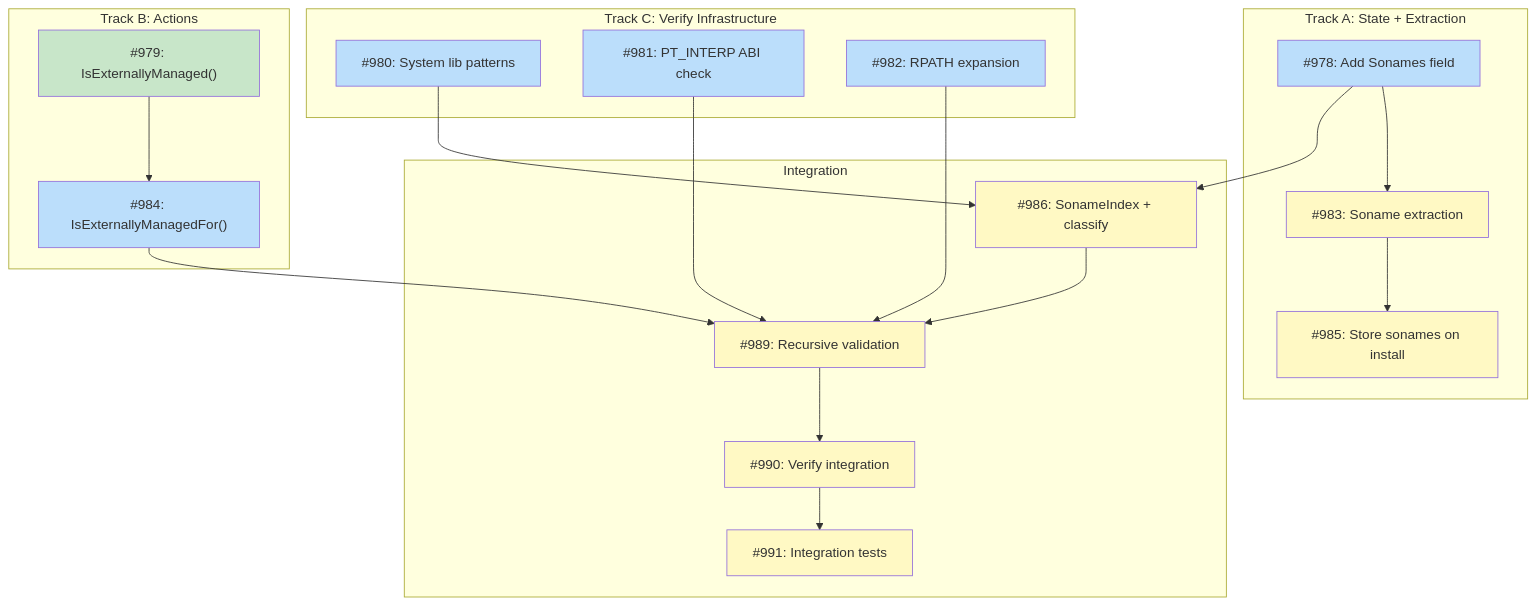
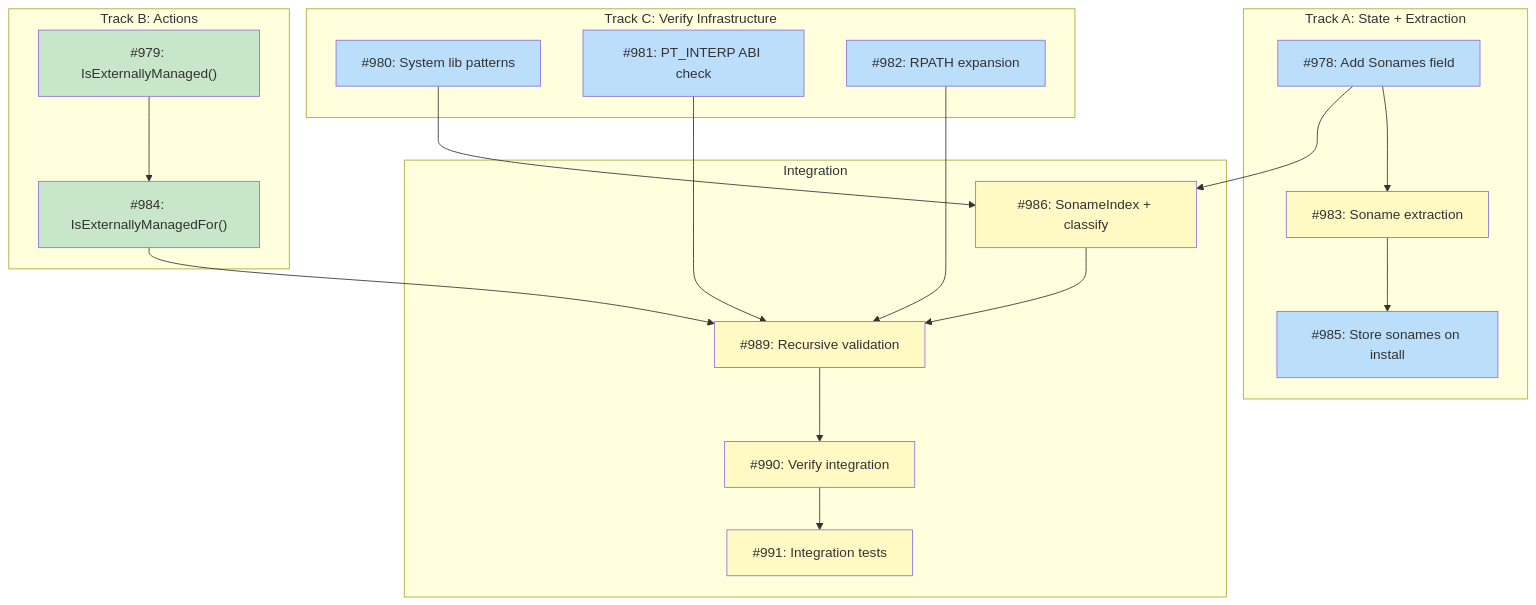
One commit to tsukumogami/tsuku changed the diagram in docs/designs/DESIGN-library-verify-deps.md. Above: the diagram before and after it, drawn with Mermaid. The commit also changed 2 other files, not shown here.

Commit message:
feat(recipe): add IsExternallyManagedFor() method (#994)
Add IsExternallyManagedFor(target, actionLookup) method to Recipe struct
that determines whether all applicable steps for a given target delegate
to external package managers (apt, brew, dnf, etc.). This supports Tier
2
dependency validation where externally-managed recipes are validated but
not recursed into.

Also add SystemActionChecker interface to avoid circular import between
recipe and actions packages. Includes comprehensive test suite with 8
test
cases covering all scenarios.

````diff
--- a/docs/designs/DESIGN-library-verify-deps.md
+++ b/docs/designs/DESIGN-library-verify-deps.md
@@ -26,47 +26,47 @@
 ```mermaid
 graph TD
     subgraph TrackA["Track A: State + Extraction"]
         I978["#978: Add Sonames field"]
         I983["#983: Soname extraction"]
         I985["#985: Store sonames on install"]
     end
 
     subgraph TrackB["Track B: Actions"]
         I979["#979: IsExternallyManaged()"]
         I984["#984: IsExternallyManagedFor()"]
     end
 
     subgraph TrackC["Track C: Verify Infrastructure"]
         I980["#980: System lib patterns"]
         I981["#981: PT_INTERP ABI check"]
         I982["#982: RPATH expansion"]
     end
 
     subgraph Integration["Integration"]
         I986["#986: SonameIndex + classify"]
         I989["#989: Recursive validation"]
         I990["#990: Verify integration"]
         I991["#991: Integration tests"]
     end
 
     I978 --> I983
     I983 --> I985
     I979 --> I984
     I978 --> I986
     I980 --> I986
     I981 --> I989
     I982 --> I989
     I984 --> I989
     I986 --> I989
     I989 --> I990
     I990 --> I991
 
     classDef done fill:#c8e6c9
     classDef ready fill:#bbdefb
     classDef blocked fill:#fff9c4
     classDef needsDesign fill:#e1bee7
 
-    class I979 done
-    class I978,I980,I981,I982,I984 ready
-    class I983,I985,I986,I989,I990,I991 blocked
+    class I979,I984 done
+    class I978,I980,I981,I982,I985 ready
+    class I983,I986,I989,I990,I991 blocked
 ```
````
